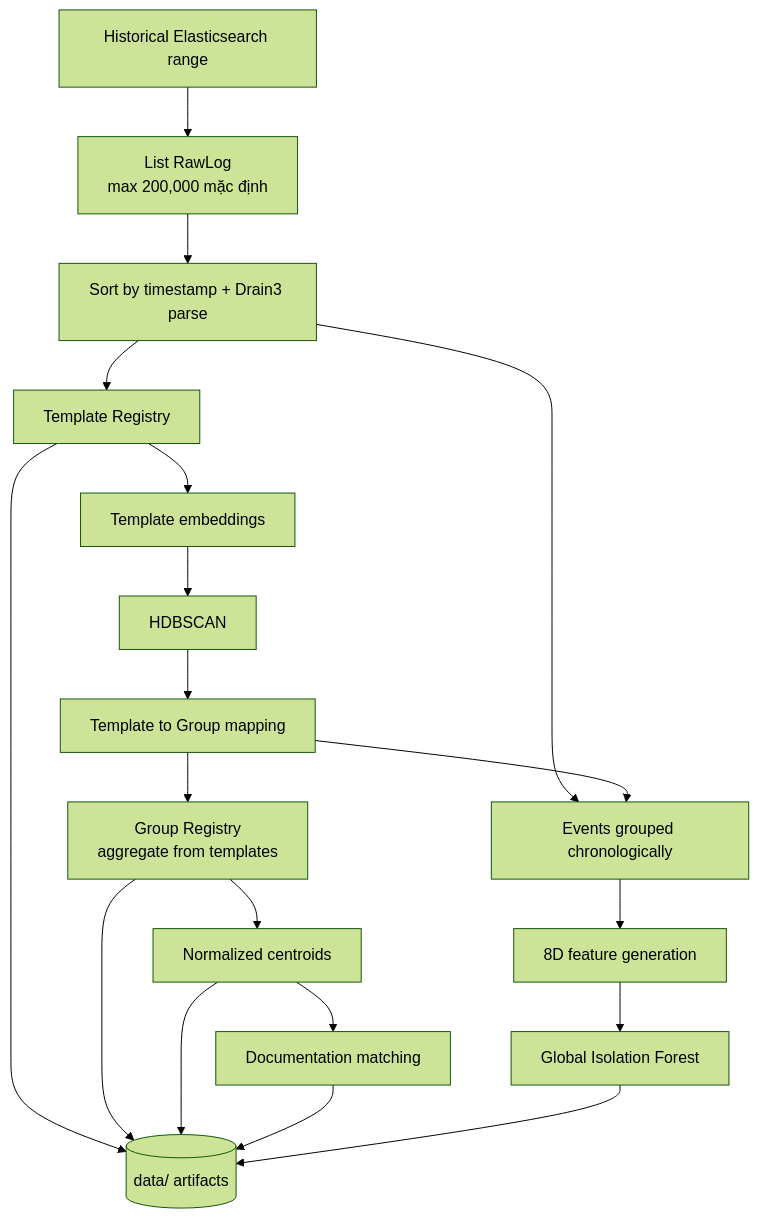
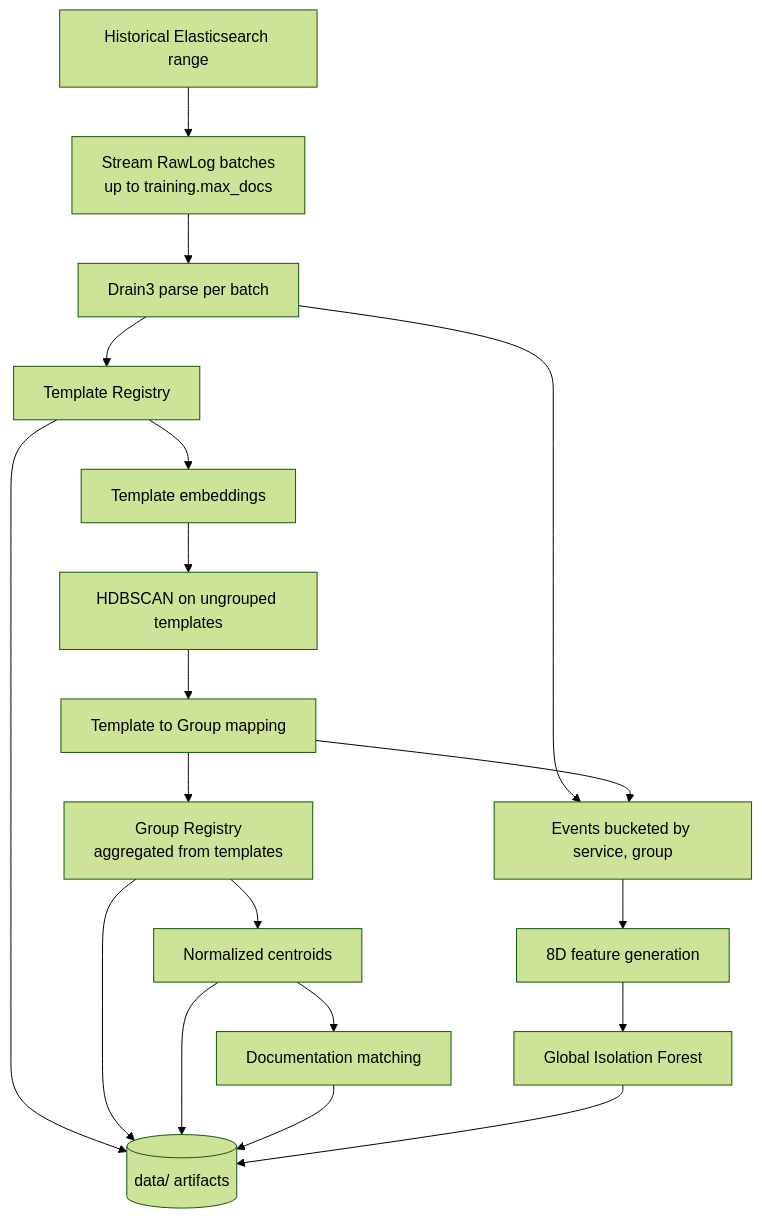
Before and after one commit to Cong123z/LogAi: the second of 4 diagrams in ARCHITECTURE.md, drawn with Mermaid (forest theme). The commit also changed other lines of this file and 4 other files, not shown here.

Commit message:
Docs: rewrite ARCHITECTURE.md in English against current code, merge and drop ARCHITECTURE_GUIDE, fix stale WEB_UI/k8s docs

````diff
--- a/ARCHITECTURE.md
+++ b/ARCHITECTURE.md
@@ -356,27 +324,27 @@
 ```mermaid
 flowchart TD
     A[Historical Elasticsearch range]
-    B[List RawLog<br/>max 200,000 mặc định]
-    C[Sort by timestamp + Drain3 parse]
+    B[Stream RawLog batches<br/>up to training.max_docs]
+    C[Drain3 parse per batch]
     D[Template Registry]
     E[Template embeddings]
-    F[HDBSCAN]
+    F[HDBSCAN on ungrouped templates]
     G[Template to Group mapping]
-    H[Group Registry<br/>aggregate from templates]
+    H[Group Registry<br/>aggregated from templates]
     I[Normalized centroids]
     J[Documentation matching]
-    K[Events grouped chronologically]
+    K[Events bucketed by service, group]
     L[8D feature generation]
     M[Global Isolation Forest]
     N[(data/ artifacts)]
 
     A --> B --> C --> D --> E --> F --> G
     G --> H --> I --> J
     C --> K
     G --> K --> L --> M
     D --> N
     H --> N
     I --> N
     J --> N
     M --> N
 ```
````
